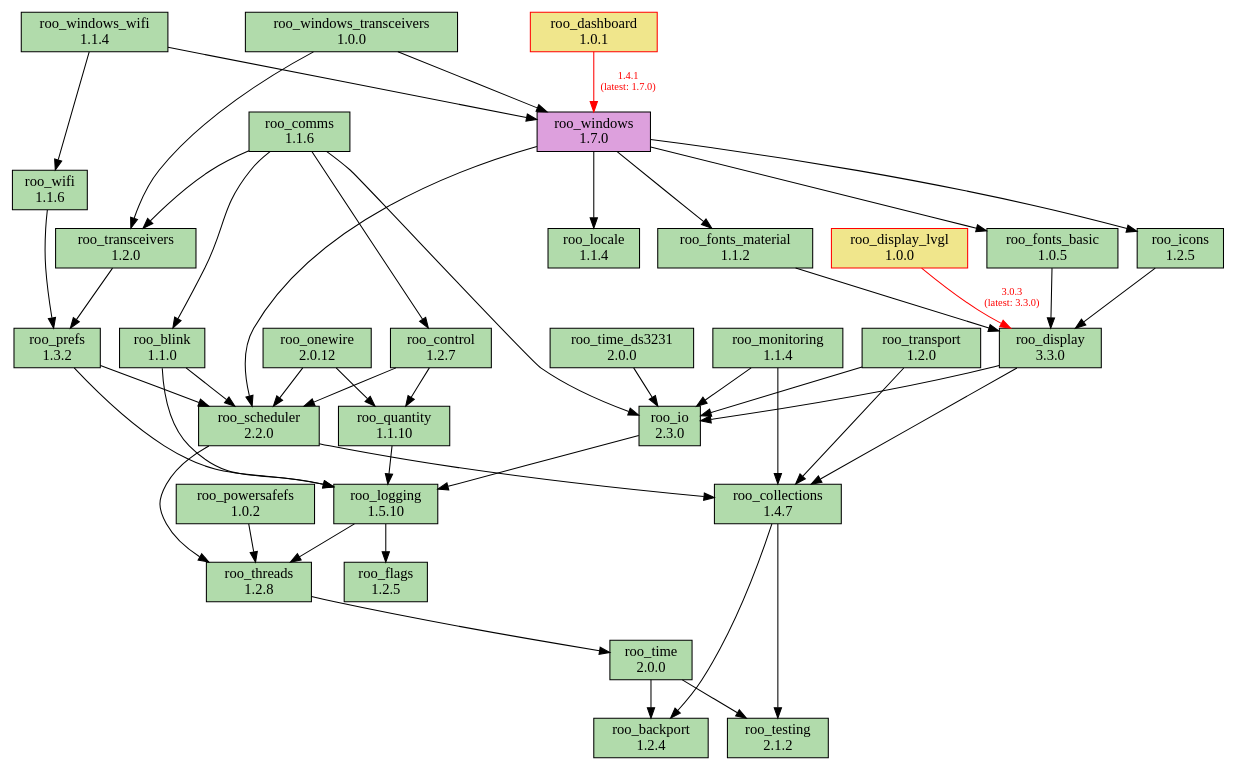
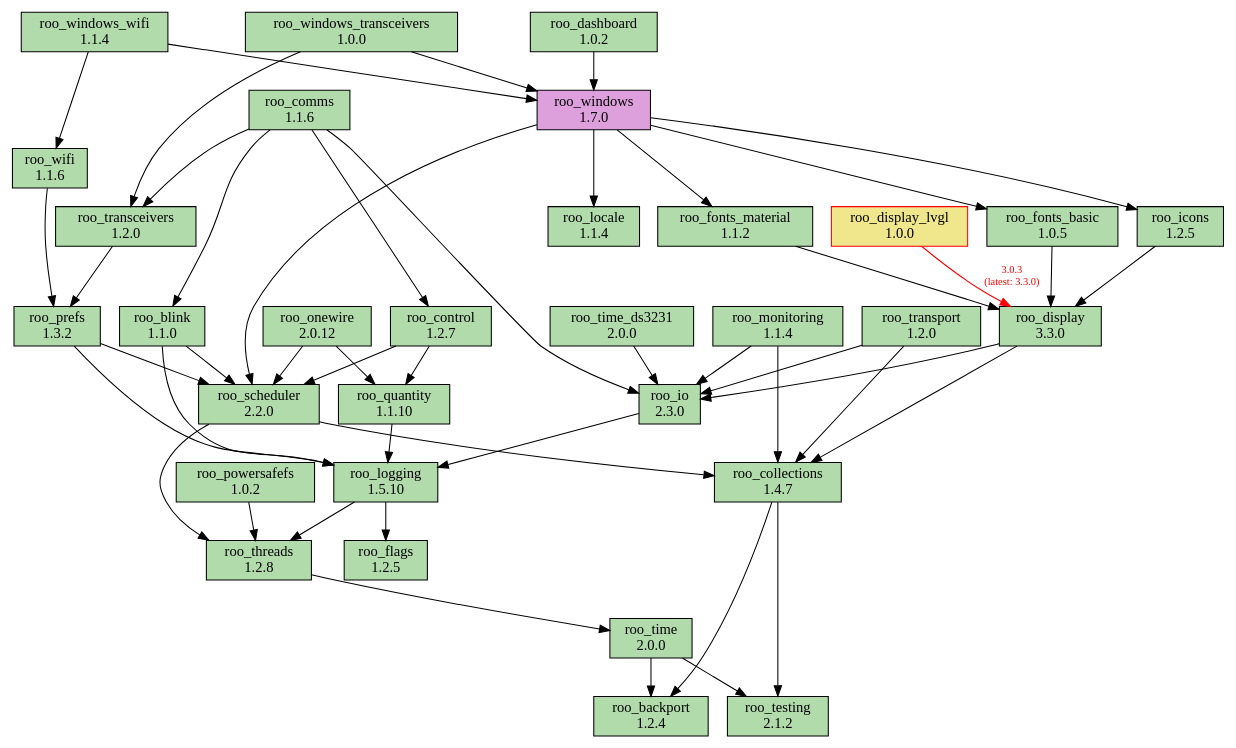
The diagram in doc/dependencies.dot (dejwk/roo-registry), drawn with Graphviz before and after one commit. The commit also changed 3 other files, not shown here.

Commit message:
Added roo_dashboard 1.0.2 to the registry.

```diff
--- a/doc/dependencies.dot
+++ b/doc/dependencies.dot
@@ -1,87 +1,87 @@
 digraph dependencies {
     rankdir=TB;
     node [shape=box, style=filled];
     edge [fontsize=10];
 
     // Modules
     "roo_backport" [label="roo_backport\n1.2.4", fillcolor="#b1dbab", color="black"];
     "roo_blink" [label="roo_blink\n1.1.0", fillcolor="#b1dbab", color="black"];
     "roo_collections" [label="roo_collections\n1.4.7", fillcolor="#b1dbab", color="black"];
     "roo_comms" [label="roo_comms\n1.1.6", fillcolor="#b1dbab", color="black"];
     "roo_control" [label="roo_control\n1.2.7", fillcolor="#b1dbab", color="black"];
-    "roo_dashboard" [label="roo_dashboard\n1.0.1", fillcolor="khaki", color="red"];
+    "roo_dashboard" [label="roo_dashboard\n1.0.2", fillcolor="#b1dbab", color="black"];
     "roo_display" [label="roo_display\n3.3.0", fillcolor="#b1dbab", color="black"];
     "roo_display_lvgl" [label="roo_display_lvgl\n1.0.0", fillcolor="khaki", color="red"];
     "roo_flags" [label="roo_flags\n1.2.5", fillcolor="#b1dbab", color="black"];
     "roo_fonts_basic" [label="roo_fonts_basic\n1.0.5", fillcolor="#b1dbab", color="black"];
     "roo_fonts_material" [label="roo_fonts_material\n1.1.2", fillcolor="#b1dbab", color="black"];
     "roo_icons" [label="roo_icons\n1.2.5", fillcolor="#b1dbab", color="black"];
     "roo_io" [label="roo_io\n2.3.0", fillcolor="#b1dbab", color="black"];
     "roo_locale" [label="roo_locale\n1.1.4", fillcolor="#b1dbab", color="black"];
     "roo_logging" [label="roo_logging\n1.5.10", fillcolor="#b1dbab", color="black"];
     "roo_monitoring" [label="roo_monitoring\n1.1.4", fillcolor="#b1dbab", color="black"];
     "roo_onewire" [label="roo_onewire\n2.0.12", fillcolor="#b1dbab", color="black"];
     "roo_powersafefs" [label="roo_powersafefs\n1.0.2", fillcolor="#b1dbab", color="black"];
     "roo_prefs" [label="roo_prefs\n1.3.2", fillcolor="#b1dbab", color="black"];
     "roo_quantity" [label="roo_quantity\n1.1.10", fillcolor="#b1dbab", color="black"];
     "roo_scheduler" [label="roo_scheduler\n2.2.0", fillcolor="#b1dbab", color="black"];
     "roo_testing" [label="roo_testing\n2.1.2", fillcolor="#b1dbab", color="black"];
     "roo_threads" [label="roo_threads\n1.2.8", fillcolor="#b1dbab", color="black"];
     "roo_time" [label="roo_time\n2.0.0", fillcolor="#b1dbab", color="black"];
     "roo_time_ds3231" [label="roo_time_ds3231\n2.0.0", fillcolor="#b1dbab", color="black"];
     "roo_transceivers" [label="roo_transceivers\n1.2.0", fillcolor="#b1dbab", color="black"];
     "roo_transport" [label="roo_transport\n1.2.0", fillcolor="#b1dbab", color="black"];
     "roo_wifi" [label="roo_wifi\n1.1.6", fillcolor="#b1dbab", color="black"];
     "roo_windows" [label="roo_windows\n1.7.0", fillcolor="plum", color="black"];
     "roo_windows_transceivers" [label="roo_windows_transceivers\n1.0.0", fillcolor="#b1dbab", color="black"];
     "roo_windows_wifi" [label="roo_windows_wifi\n1.1.4", fillcolor="#b1dbab", color="black"];
 
     // Dependencies
     "roo_blink" -> "roo_logging";
     "roo_blink" -> "roo_scheduler";
     "roo_collections" -> "roo_testing";
     "roo_collections" -> "roo_backport";
     "roo_comms" -> "roo_blink";
     "roo_comms" -> "roo_control";
     "roo_comms" -> "roo_io";
     "roo_comms" -> "roo_transceivers";
     "roo_control" -> "roo_quantity";
     "roo_control" -> "roo_scheduler";
-    "roo_dashboard" -> "roo_windows" [color=red, fontcolor=red, label="1.4.1\n(latest: 1.7.0)"];
+    "roo_dashboard" -> "roo_windows";
     "roo_display" -> "roo_collections";
     "roo_display" -> "roo_io";
     "roo_display_lvgl" -> "roo_display" [color=red, fontcolor=red, label="3.0.3\n(latest: 3.3.0)"];
     "roo_fonts_basic" -> "roo_display";
     "roo_fonts_material" -> "roo_display";
     "roo_icons" -> "roo_display";
     "roo_io" -> "roo_logging";
     "roo_logging" -> "roo_flags";
     "roo_logging" -> "roo_threads";
     "roo_monitoring" -> "roo_collections";
     "roo_monitoring" -> "roo_io";
     "roo_onewire" -> "roo_scheduler";
     "roo_onewire" -> "roo_quantity";
     "roo_powersafefs" -> "roo_threads";
     "roo_prefs" -> "roo_logging";
     "roo_prefs" -> "roo_scheduler";
     "roo_quantity" -> "roo_logging";
     "roo_scheduler" -> "roo_collections";
     "roo_scheduler" -> "roo_threads";
     "roo_threads" -> "roo_time";
     "roo_time" -> "roo_testing";
     "roo_time" -> "roo_backport";
     "roo_time_ds3231" -> "roo_io";
     "roo_transceivers" -> "roo_prefs";
     "roo_transport" -> "roo_collections";
     "roo_transport" -> "roo_io";
     "roo_wifi" -> "roo_prefs";
     "roo_windows" -> "roo_fonts_basic";
     "roo_windows" -> "roo_fonts_material";
     "roo_windows" -> "roo_locale";
     "roo_windows" -> "roo_icons";
     "roo_windows" -> "roo_scheduler";
     "roo_windows_transceivers" -> "roo_transceivers";
     "roo_windows_transceivers" -> "roo_windows";
     "roo_windows_wifi" -> "roo_wifi";
     "roo_windows_wifi" -> "roo_windows";
 }
```
